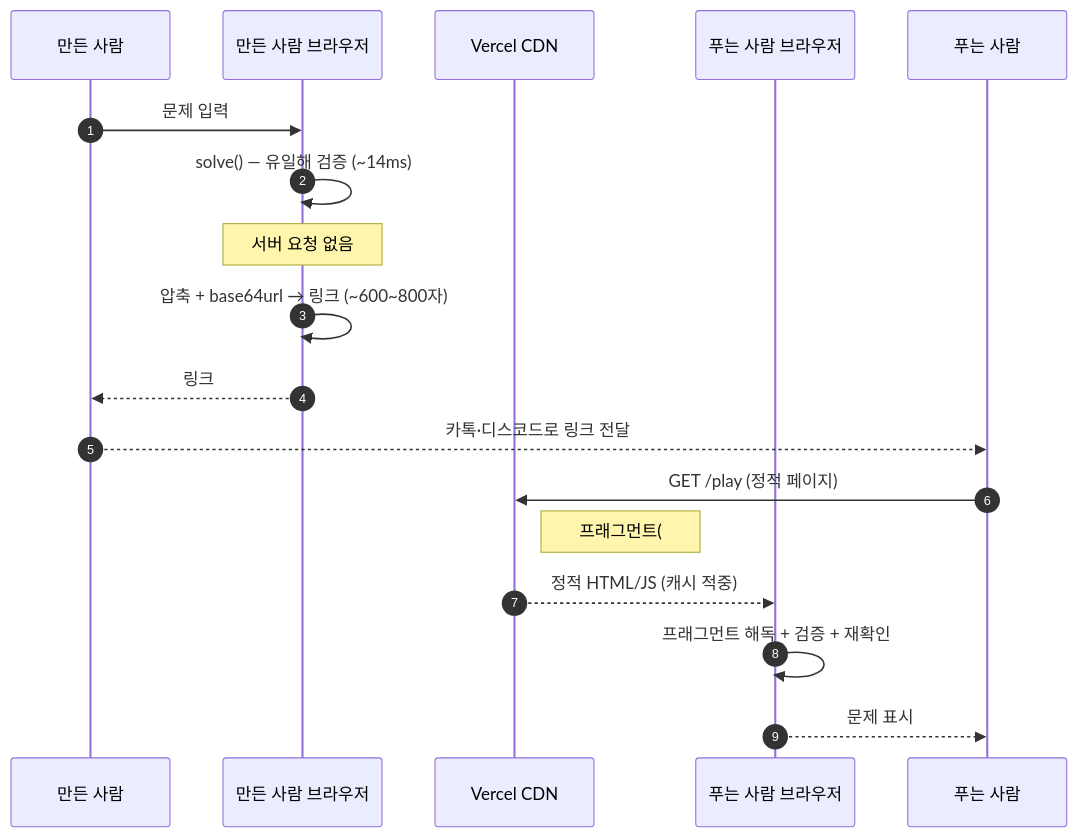
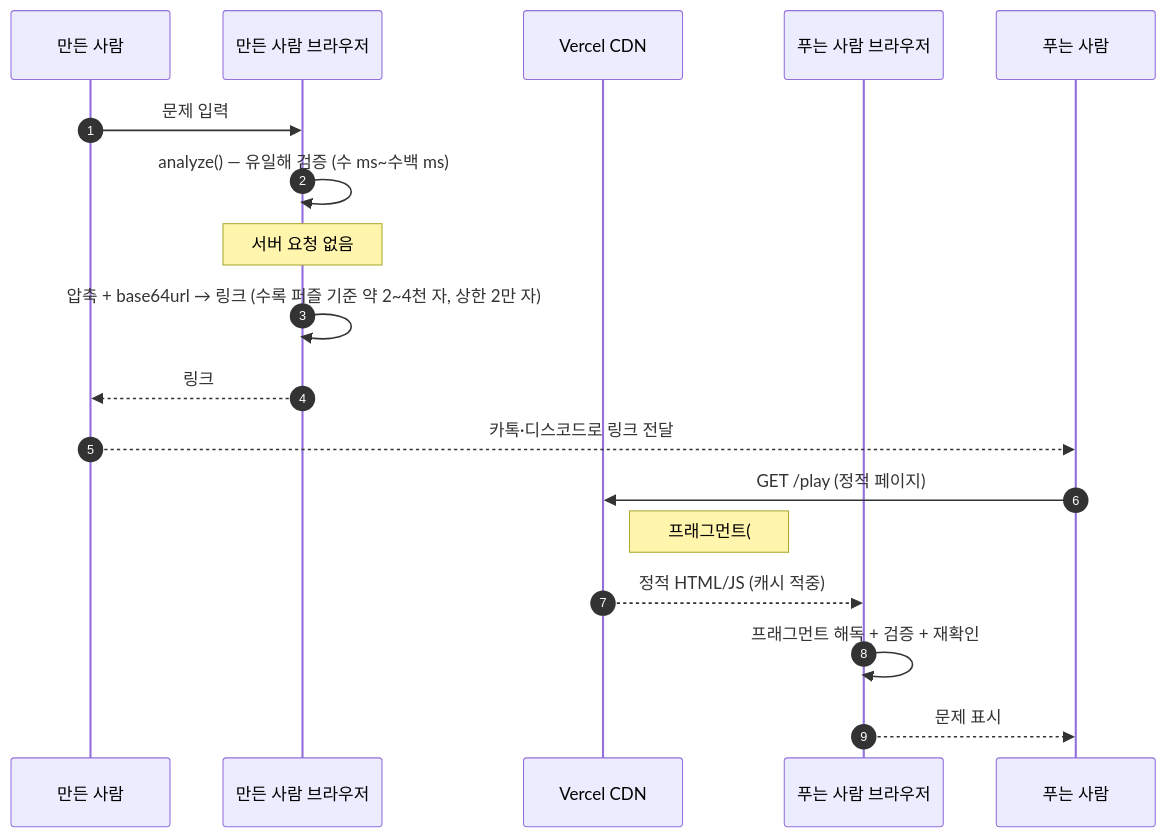
Before and after one commit to LeeSongHeon-LSH/clocktower-puzzles: the sixth of 8 diagrams in docs/STACK.md, drawn with Mermaid. The commit also changed other lines of this file and 11 other files, not shown here.

````diff
--- a/docs/STACK.md
+++ b/docs/STACK.md
@@ -163,22 +169,22 @@
 ```mermaid
 sequenceDiagram
   autonumber
   participant M as 만든 사람
   participant BM as 만든 사람 브라우저
   participant CDN as Vercel CDN
   participant BP as 푸는 사람 브라우저
   participant P as 푸는 사람
 
   M->>BM: 문제 입력
-  BM->>BM: solve() — 유일해 검증 (~14ms)
+  BM->>BM: analyze() — 유일해 검증 (수 ms~수백 ms)
   Note over BM: 서버 요청 없음
-  BM->>BM: 압축 + base64url → 링크 (~600~800자)
+  BM->>BM: 압축 + base64url → 링크 (수록 퍼즐 기준 약 2~4천 자, 상한 2만 자)
   BM-->>M: 링크
   M-->>P: 카톡·디스코드로 링크 전달
 
   P->>CDN: GET /play (정적 페이지)
   Note right of CDN: 프래그먼트(#)는<br/>서버로 전송되지 않음
   CDN-->>BP: 정적 HTML/JS (캐시 적중)
   BP->>BP: 프래그먼트 해독 + 검증 + 재확인
   BP-->>P: 문제 표시
 ```
````
